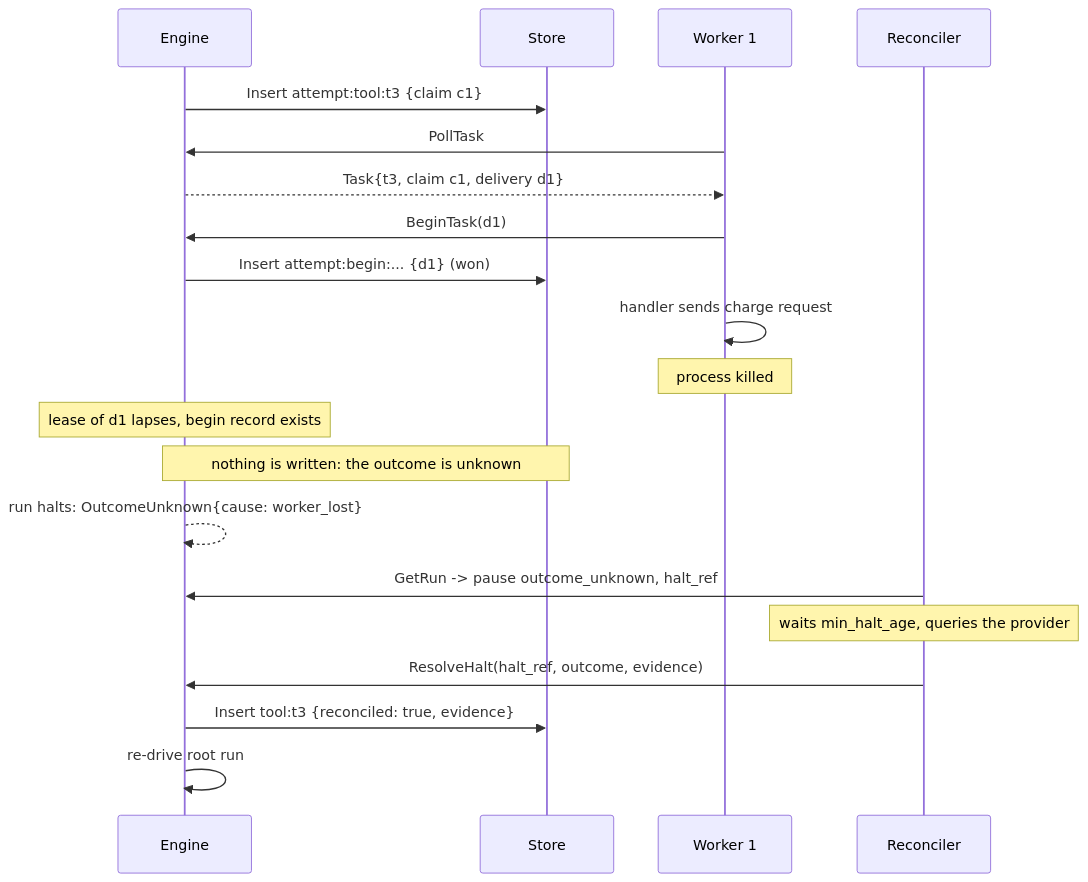
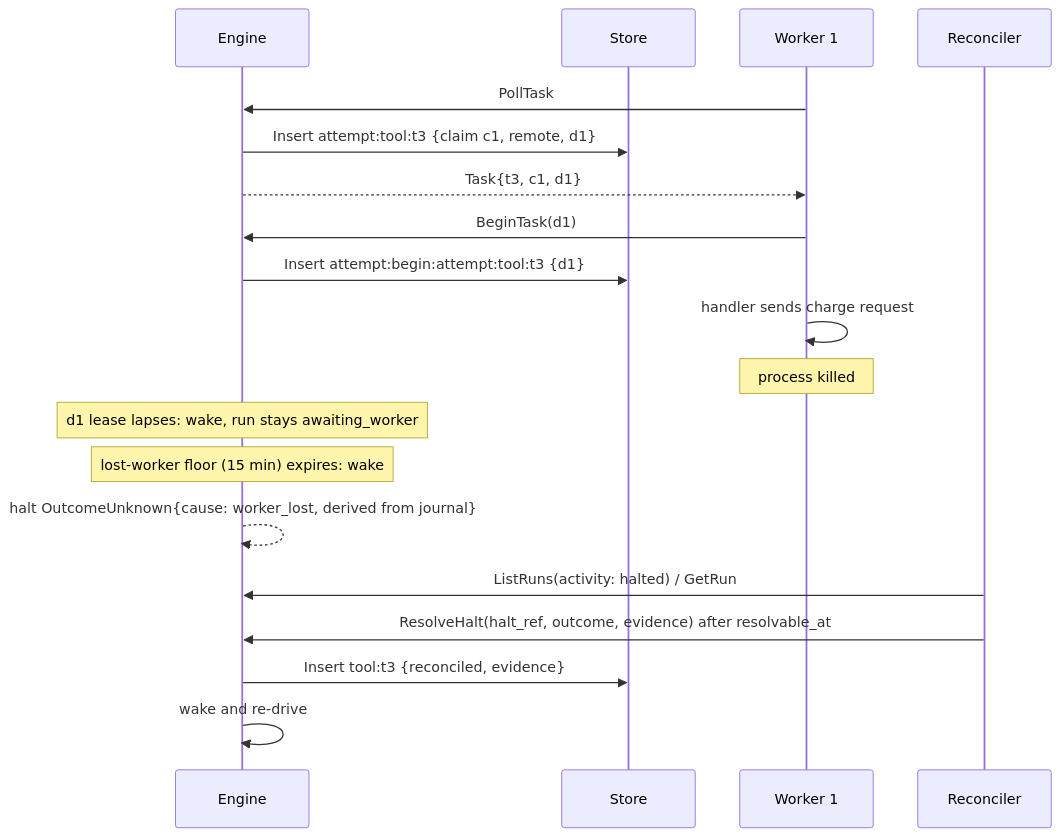
One commit to bide-ai/bide changed the second of 8 diagrams in docs/design/protocol.md. Above: the diagram before and after it, drawn with Mermaid. The commit also changed other lines of this file, not shown here.

````diff
--- a/docs/design/protocol.md
+++ b/docs/design/protocol.md
@@ -1396,22 +1408,21 @@
 ```mermaid
 sequenceDiagram
     participant E as Engine
     participant S as Store
     participant W1 as Worker 1
     participant R as Reconciler
-    E->>S: Insert attempt:tool:t3 {claim c1}
     W1->>E: PollTask
-    E-->>W1: Task{t3, claim c1, delivery d1}
+    E->>S: Insert attempt:tool:t3 {claim c1, remote, d1}
+    E-->>W1: Task{t3, c1, d1}
     W1->>E: BeginTask(d1)
-    E->>S: Insert attempt:begin:... {d1} (won)
+    E->>S: Insert attempt:begin:attempt:tool:t3 {d1}
     W1->>W1: handler sends charge request
     Note over W1: process killed
-    Note over E: lease of d1 lapses, begin record exists
-    Note over E,S: nothing is written: the outcome is unknown
-    E-->>E: run halts: OutcomeUnknown{cause: worker_lost}
-    R->>E: GetRun -> pause outcome_unknown, halt_ref
-    Note over R: waits min_halt_age, queries the provider
-    R->>E: ResolveHalt(halt_ref, outcome, evidence)
-    E->>S: Insert tool:t3 {reconciled: true, evidence}
-    E->>E: re-drive root run
+    Note over E: d1 lease lapses: wake, run stays awaiting_worker
+    Note over E: lost-worker floor (15 min) expires: wake
+    E-->>E: halt OutcomeUnknown{cause: worker_lost, derived from journal}
+    R->>E: ListRuns(activity: halted) / GetRun
+    R->>E: ResolveHalt(halt_ref, outcome, evidence) after resolvable_at
+    E->>S: Insert tool:t3 {reconciled, evidence}
+    E->>E: wake and re-drive
 ```
````
